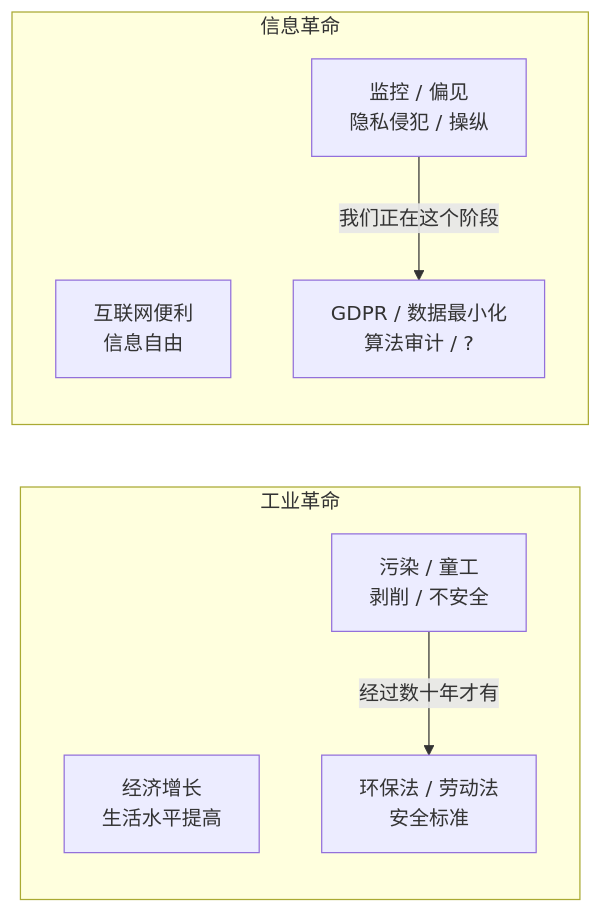
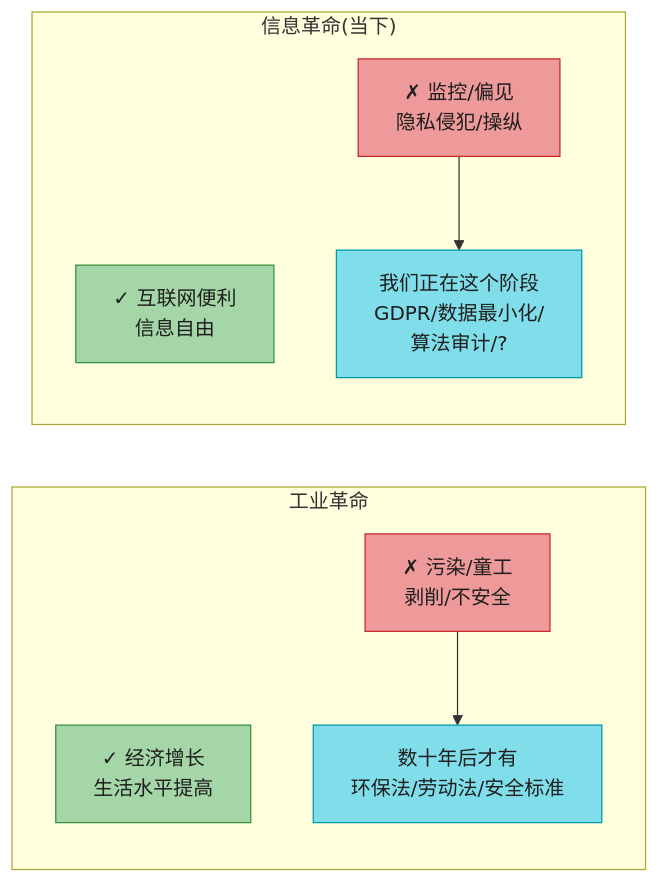
The sixth of 9 diagrams in ch14-做正确的事.md (socoo123/ddia_2nd), drawn with Mermaid before and after one commit. The commit also changed other lines of this file and 5 other files, not shown here.

````diff
--- a/ch14-做正确的事.md
+++ b/ch14-做正确的事.md
@@ -98,15 +345,24 @@
 ```mermaid
-graph LR
+flowchart LR
     subgraph IR["工业革命"]
-        IR_GOOD["经济增长<br/>生活水平提高"]
-        IR_BAD["污染 / 童工<br/>剥削 / 不安全"]
-        IR_FIX["环保法 / 劳动法<br/>安全标准"]
+        direction TB
+        IR_GOOD["✓ 经济增长<br/>生活水平提高"]
+        IR_BAD["✗ 污染/童工<br/>剥削/不安全"]
+        IR_FIX["数十年后才有<br/>环保法/劳动法/安全标准"]
+        IR_BAD --> IR_FIX
     end
-    subgraph DATA["信息革命"]
-        D_GOOD["互联网便利<br/>信息自由"]
-        D_BAD["监控 / 偏见<br/>隐私侵犯 / 操纵"]
-        D_FIX["GDPR / 数据最小化<br/>算法审计 / ?"]
+    subgraph DR["信息革命(当下)"]
+        direction TB
+        D_GOOD["✓ 互联网便利<br/>信息自由"]
+        D_BAD["✗ 监控/偏见<br/>隐私侵犯/操纵"]
+        D_FIX["我们正在这个阶段<br/>GDPR/数据最小化/<br/>算法审计/?"]
+        D_BAD --> D_FIX
     end
-    IR_BAD -->|"经过数十年才有"| IR_FIX
-    D_BAD -->|"我们正在这个阶段"| D_FIX
+
+    style IR_GOOD fill:#A5D6A7,stroke:#388E3C,color:#1f1f1f
+    style IR_BAD fill:#EF9A9A,stroke:#C62828,color:#1f1f1f
+    style IR_FIX fill:#80DEEA,stroke:#0097A7,color:#1f1f1f
+    style D_GOOD fill:#A5D6A7,stroke:#388E3C,color:#1f1f1f
+    style D_BAD fill:#EF9A9A,stroke:#C62828,color:#1f1f1f
+    style D_FIX fill:#80DEEA,stroke:#0097A7,color:#1f1f1f
 ```
````
